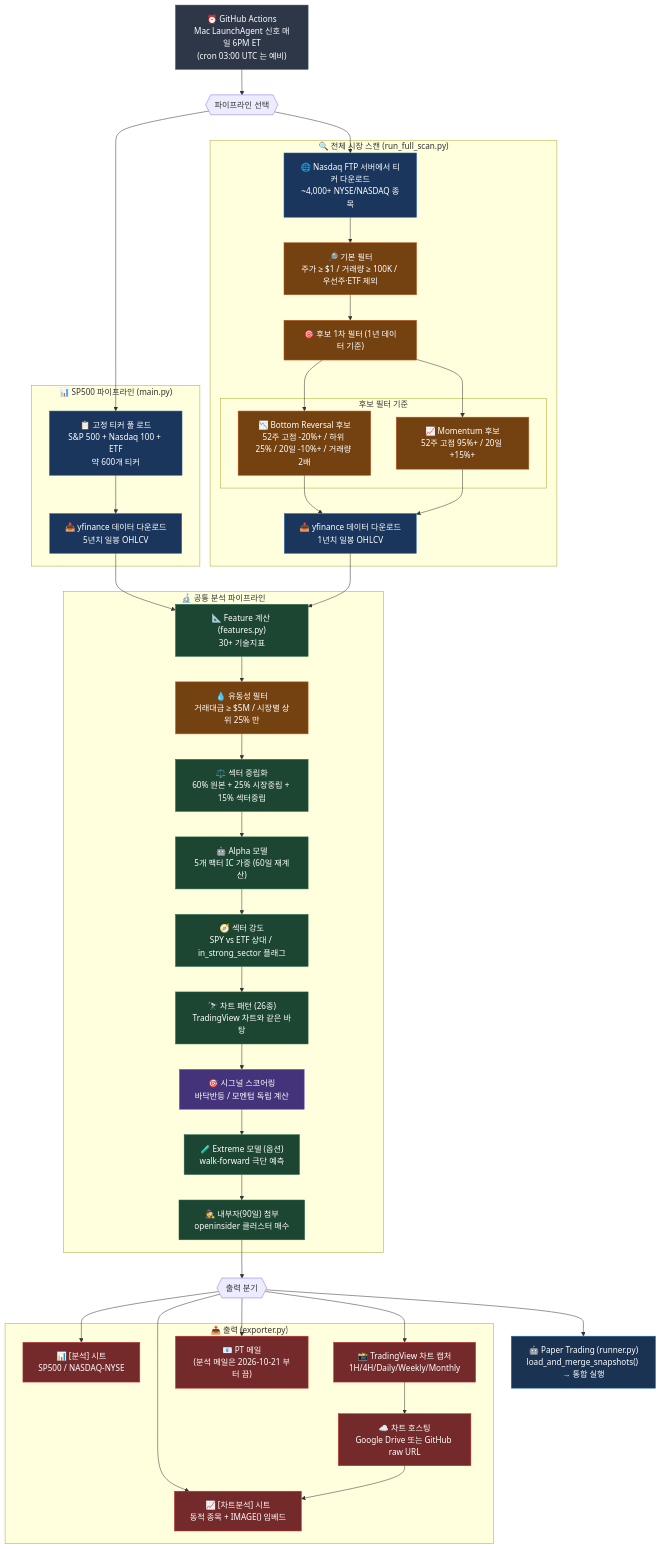
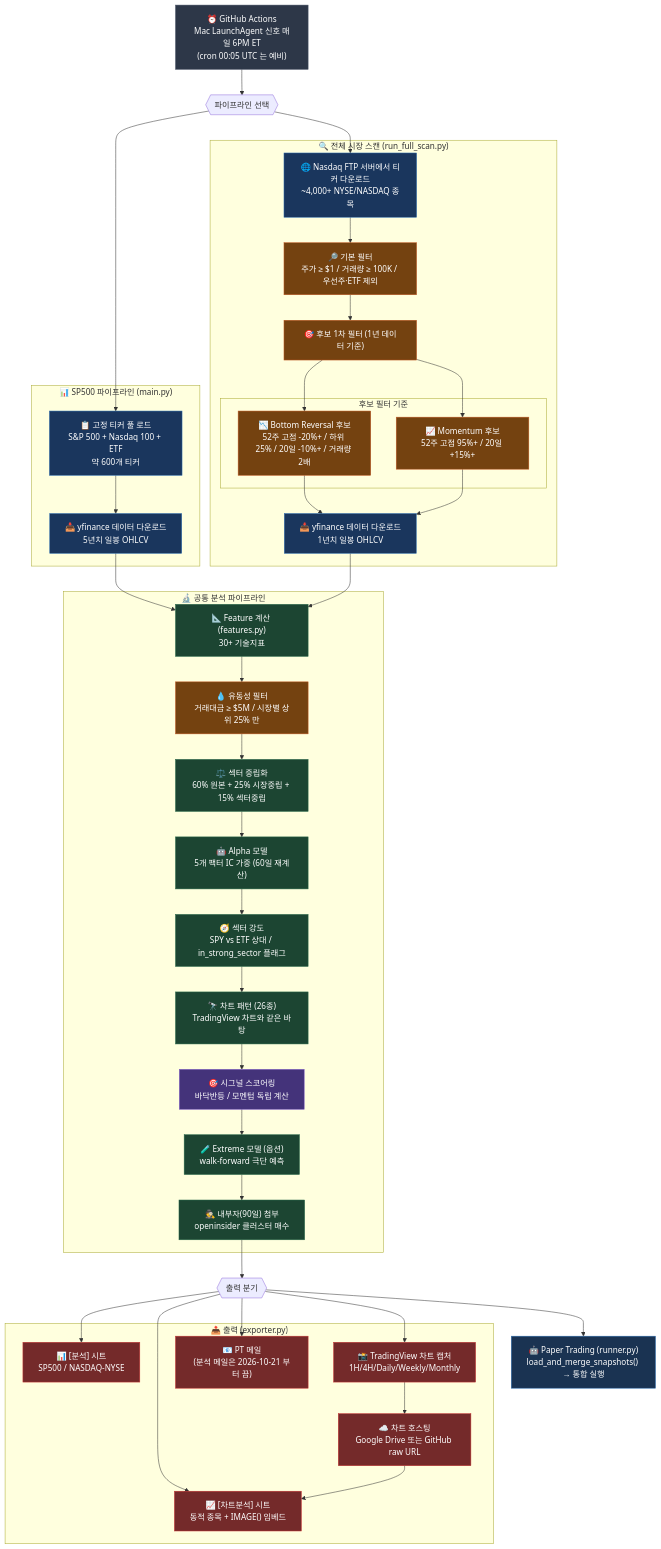
Before and after one commit to sean-ccho/Project_1: the first of 2 diagrams in docs/architecture.md, drawn with Mermaid. The commit also changed other lines of this file and 5 other files, not shown here.

Commit message:
chore: 야간 예비 cron 을 Mac 신호 1시간 뒤로 (00:05·00:10·00:35 UTC = 7:05·7:10·7:35 PM EST / 8:05·8:10·8:35 PM EDT) [skip ci]

````diff
--- a/docs/architecture.md
+++ b/docs/architecture.md
@@ -10,7 +10,7 @@
 ```mermaid
 flowchart TD
     %% ========== TRIGGER ==========
-    TRIGGER["⏰ GitHub Actions\nMac LaunchAgent 신호 매일 6PM ET\n(cron 03:00 UTC 는 예비)"]
+    TRIGGER["⏰ GitHub Actions\nMac LaunchAgent 신호 매일 6PM ET\n(cron 00:05 UTC 는 예비)"]
 
     TRIGGER --> SPLIT
 
````
